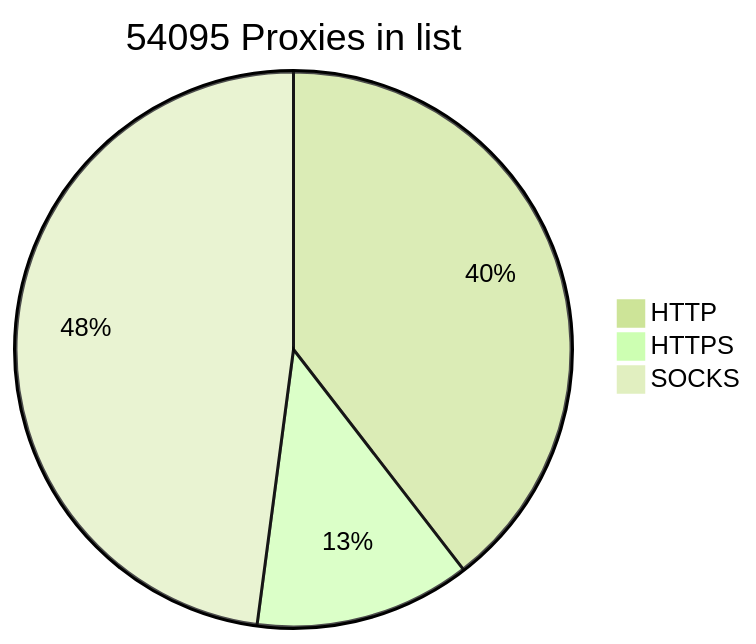
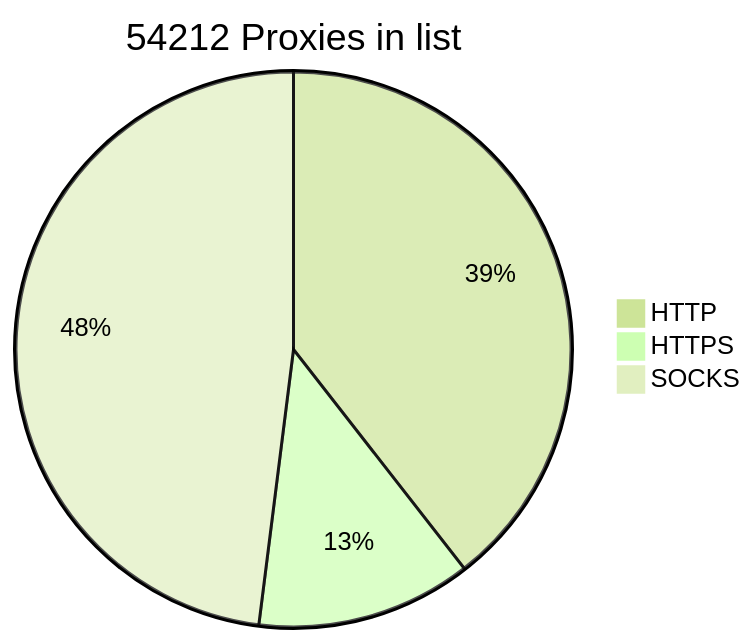
The diagram in README.md (BlackSnowDot/proxylist-update-every-minute), drawn with Mermaid (forest theme) before and after one commit.

````diff
--- a/README.md
+++ b/README.md
@@ -2,6 +2,6 @@
 ```mermaid
-pie title 54095 Proxies in list
+pie title 54212 Proxies in list
     "HTTP" : 23933
     "HTTPS": 7605
-    "SOCKS" : 29001
+    "SOCKS" : 29118
 ```
````
